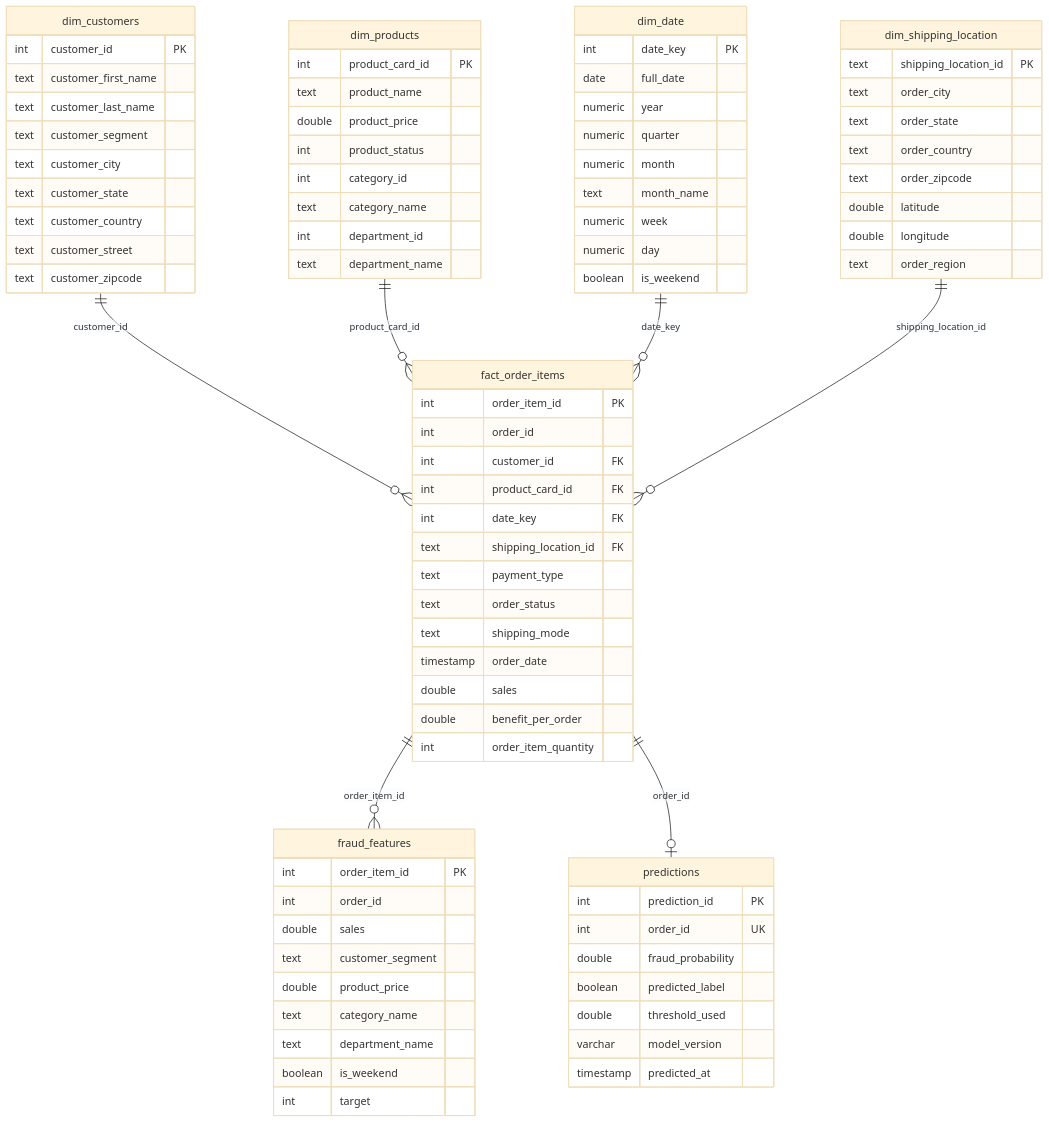
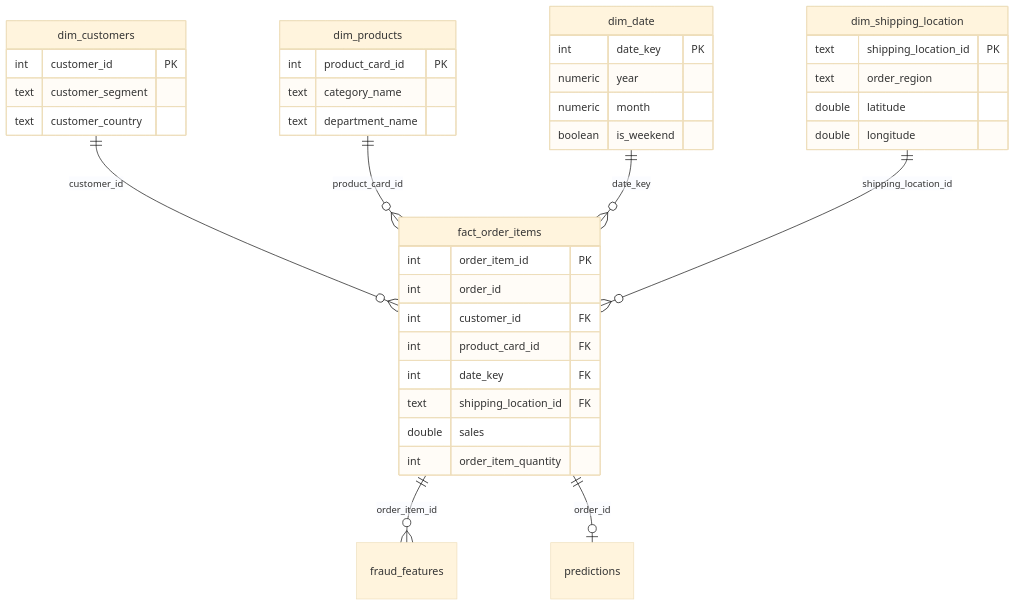
The second of 6 diagrams in docs/ARCHITECTURE.md (Ziad-wael-hassan/DataCo_Supply_Chain), drawn with Mermaid (base theme) before and after one commit. The commit also changed other lines of this file and 1 other file, not shown here.

````diff
--- a/docs/ARCHITECTURE.md
+++ b/docs/ARCHITECTURE.md
@@ -389,50 +152,26 @@
 
     dim_customers {
         int customer_id PK
-        text customer_first_name
-        text customer_last_name
         text customer_segment
-        text customer_city
-        text customer_state
         text customer_country
-        text customer_street
-        text customer_zipcode
     }
-
     dim_products {
         int product_card_id PK
-        text product_name
-        double product_price
-        int product_status
-        int category_id
         text category_name
-        int department_id
         text department_name
     }
-
     dim_date {
         int date_key PK
-        date full_date
         numeric year
-        numeric quarter
         numeric month
-        text month_name
-        numeric week
-        numeric day
         boolean is_weekend
     }
-
     dim_shipping_location {
         text shipping_location_id PK
-        text order_city
-        text order_state
-        text order_country
-        text order_zipcode
+        text order_region
         double latitude
         double longitude
-        text order_region
     }
-
     fact_order_items {
         int order_item_id PK
         int order_id
@@ -440,34 +179,7 @@
         int product_card_id FK
         int date_key FK
         text shipping_location_id FK
-        text payment_type
-        text order_status
-        text shipping_mode
-        timestamp order_date
         double sales
-        double benefit_per_order
         int order_item_quantity
     }
-
-    fraud_features {
-        int order_item_id PK
-        int order_id
-        double sales
-        text customer_segment
-        double product_price
-        text category_name
-        text department_name
-        boolean is_weekend
-        int target
-    }
-
-    predictions {
-        int prediction_id PK
-        int order_id UK
-        double fraud_probability
-        boolean predicted_label
-        double threshold_used
-        varchar model_version
-        timestamp predicted_at
-    }
 ```
````
